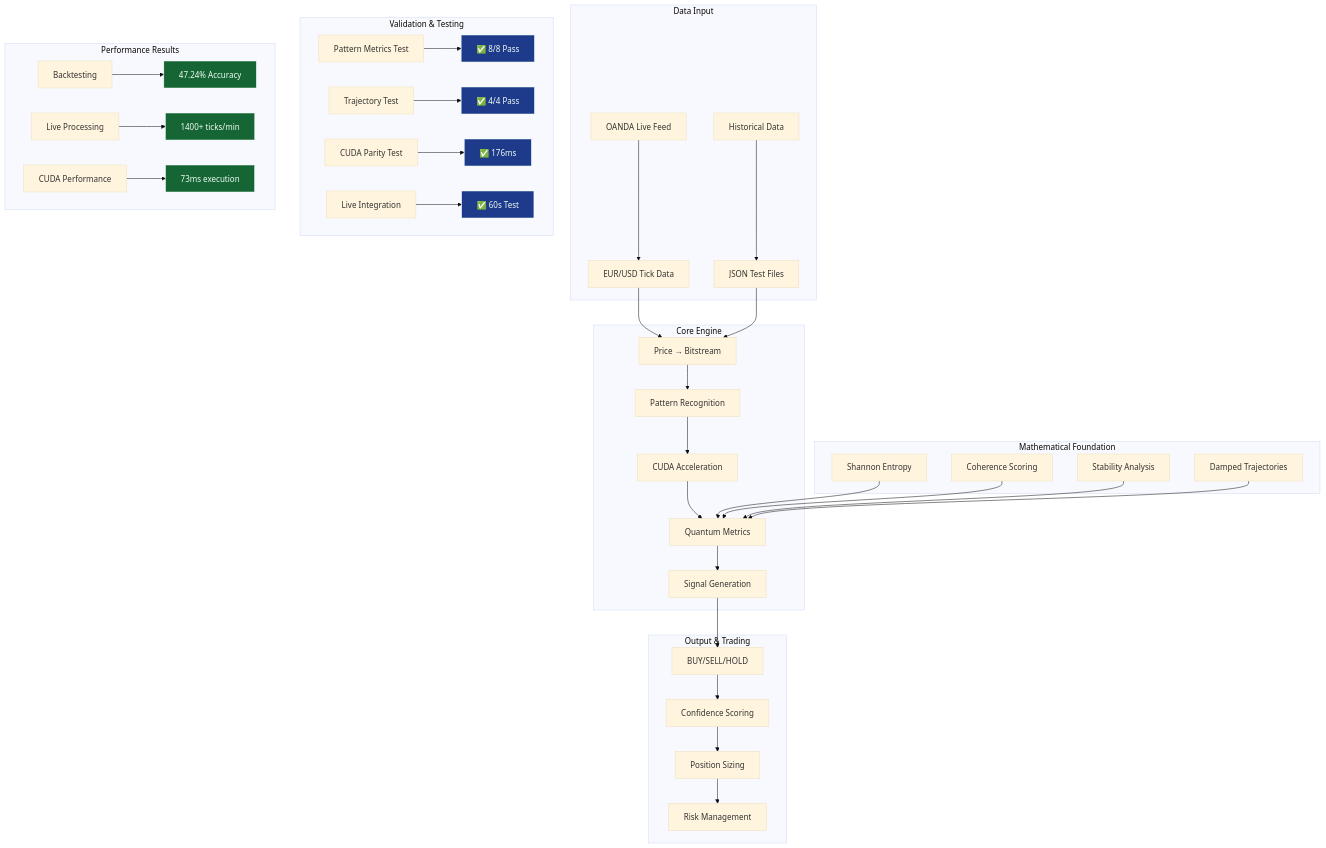
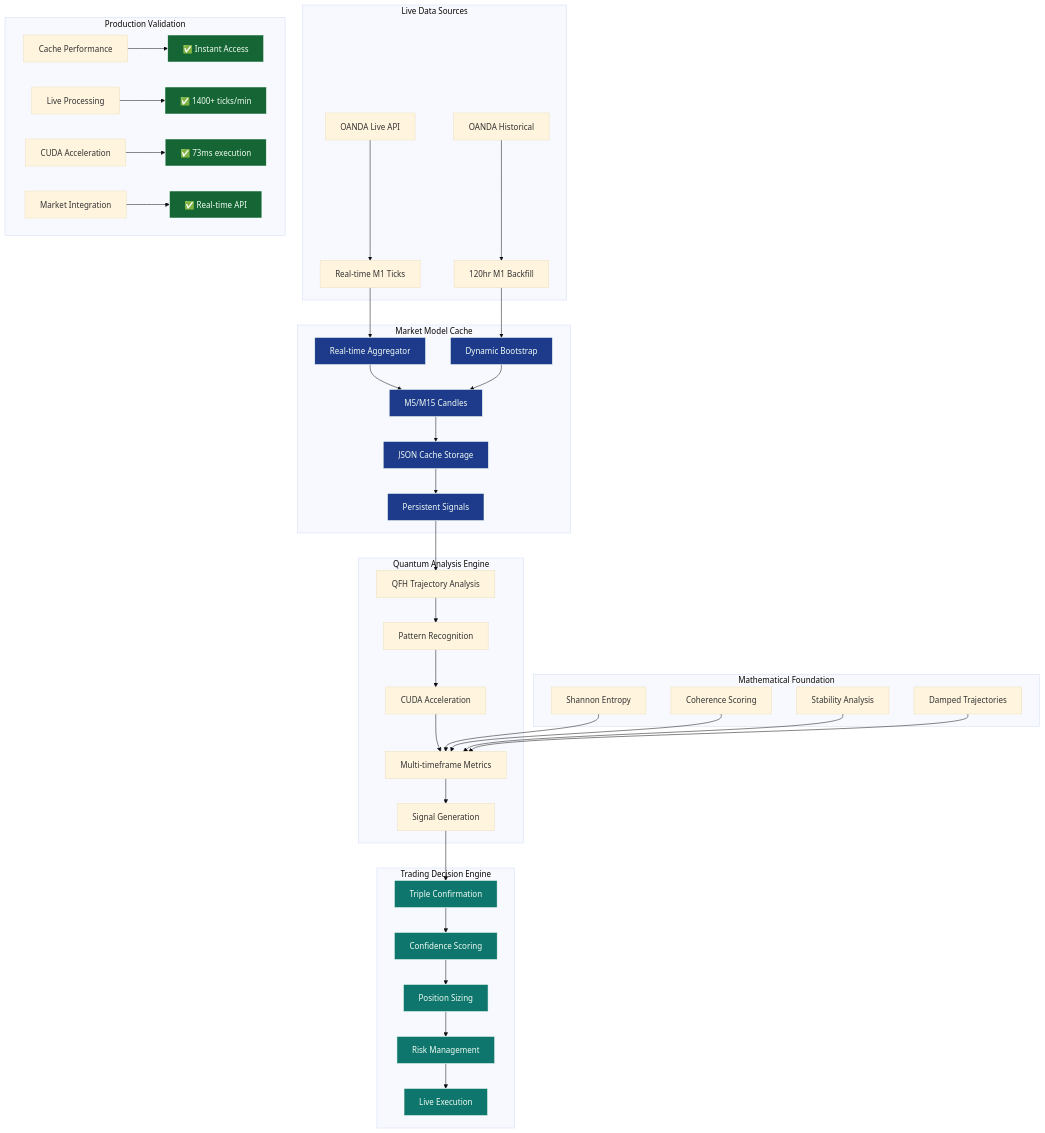
One commit to SepDynamics/sep changed the diagram in README.md. Above: the diagram before and after it, drawn with Mermaid (base theme). The commit also changed other lines of this file and 16 other files, not shown here.

First line of the commit message:
feat(market-model): Implement autonomous market model cache and simulation

````diff
--- a/README.md
+++ b/README.md
@@ -63,50 +64,54 @@
 ```mermaid
 graph TB
-    subgraph "Data Input"
-        A[OANDA Live Feed] --> B[EUR/USD Tick Data]
-        C[Historical Data] --> D[JSON Test Files]
+    subgraph "Live Data Sources"
+        A[OANDA Live API] --> B[Real-time M1 Ticks]
+        C[OANDA Historical] --> D[120hr M1 Backfill]
     end
     
-    subgraph "Core Engine"
-        B --> E[Price → Bitstream]
-        D --> E
-        E --> F[Pattern Recognition]
-        F --> G[CUDA Acceleration]
-        G --> H[Quantum Metrics]
-        H --> I[Signal Generation]
+    subgraph "Market Model Cache"
+        B --> E[Real-time Aggregator]
+        D --> F[Dynamic Bootstrap]
+        E --> G[M5/M15 Candles]
+        F --> G
+        G --> H[JSON Cache Storage]
+        H --> I[Persistent Signals]
+    end
+    
+    subgraph "Quantum Analysis Engine" 
+        I --> J[QFH Trajectory Analysis]
+        J --> K[Pattern Recognition]
+        K --> L[CUDA Acceleration]
+        L --> M[Multi-timeframe Metrics]
+        M --> N[Signal Generation]
     end
     
     subgraph "Mathematical Foundation"
-        J[Shannon Entropy] --> H
-        K[Coherence Scoring] --> H
-        L[Stability Analysis] --> H
-        M[Damped Trajectories] --> H
+        O[Shannon Entropy] --> M
+        P[Coherence Scoring] --> M
+        Q[Stability Analysis] --> M
+        R[Damped Trajectories] --> M
     end
     
-    subgraph "Output & Trading"
-        I --> N[BUY/SELL/HOLD]
-        N --> O[Confidence Scoring]
-        O --> P[Position Sizing]
-        P --> Q[Risk Management]
+    subgraph "Trading Decision Engine"
+        N --> S[Triple Confirmation]
+        S --> T[Confidence Scoring]
+        T --> U[Position Sizing]
+        U --> V[Risk Management]
+        V --> W[Live Execution]
     end
     
-    subgraph "Validation & Testing"
-        R[Pattern Metrics Test] --> S[✅ 8/8 Pass]
-        T[Trajectory Test] --> U[✅ 4/4 Pass]
-        V[CUDA Parity Test] --> W[✅ 176ms]
-        X[Live Integration] --> Y[✅ 60s Test]
+    subgraph "Production Validation"
+        X[Cache Performance] --> Y[✅ Instant Access]
+        Z[Live Processing] --> AA[✅ 1400+ ticks/min]
+        BB[CUDA Acceleration] --> CC[✅ 73ms execution]
+        DD[Market Integration] --> EE[✅ Real-time API]
     end
     
-    subgraph "Performance Results"
-        Z[Backtesting] --> AA[47.24% Accuracy]
-        BB[Live Processing] --> CC[1400+ ticks/min]
-        DD[CUDA Performance] --> EE[73ms execution]
-    end
+    classDef cache fill:#1e3a8a,stroke:#f0fdf4,color:#f0fdf4
+    classDef validated fill:#166534,stroke:#f0fdf4,color:#f0fdf4
+    classDef performance fill:#0f766e,stroke:#f0fdf4,color:#f0fdf4
     
-    classDef validated fill:#1e3a8a,stroke:#f0fdf4,color:#f0fdf4
-    classDef performance fill:#166534,stroke:#f0fdf4,color:#f0fdf4
-    classDef error fill:#991b1b,stroke:#fef2f2,color:#fef2f2
-    
-    class S,U,W,Y validated
-    class AA,CC,EE performance
+    class E,F,G,H,I cache
+    class Y,AA,CC,EE validated
+    class S,T,U,V,W performance
 ```
````
